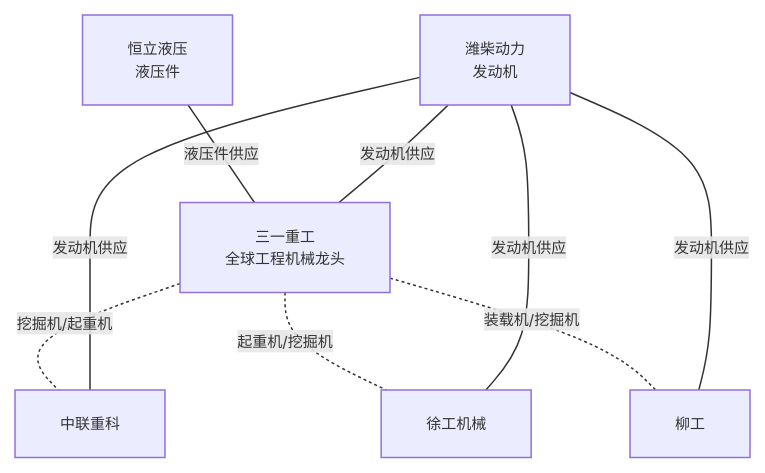
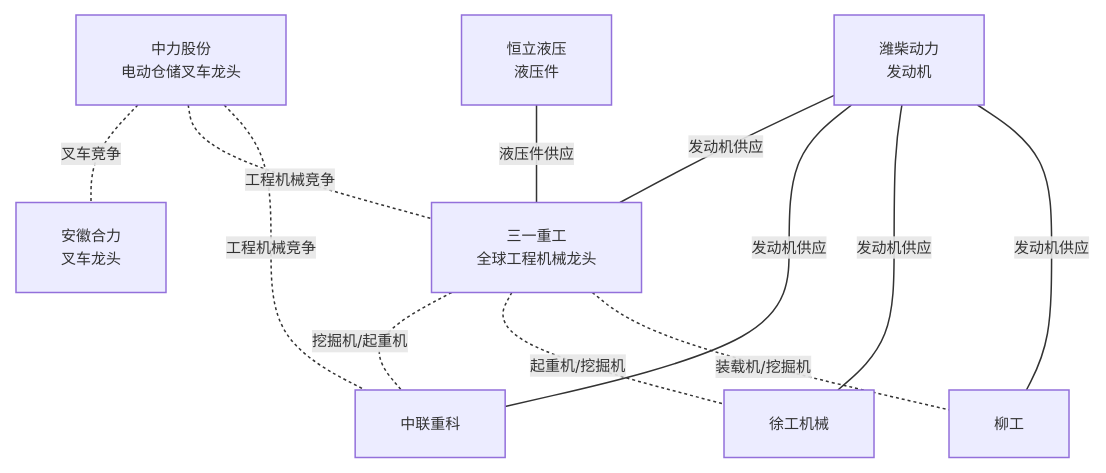
Diagram 11 of 23 in industry/wiki/syntheses/公司关联图谱.md (zhangbo1882/open-industry), drawn with Mermaid before and after one commit. The commit also changed other lines of this file and 6 other files, not shown here.

````diff
--- a/industry/wiki/syntheses/公司关联图谱.md
+++ b/industry/wiki/syntheses/公司关联图谱.md
@@ -1002,22 +1002,27 @@
 ```mermaid
 %%{init: {'themeVariables': {'fontSize': '10px'}}}%%
 graph TB
     三一重工[三一重工<br/>全球工程机械龙头]
     中联重科[中联重科]
     徐工机械[徐工机械]
     柳工[柳工]
     恒立液压[恒立液压<br/>液压件]
     潍柴动力[潍柴动力<br/>发动机]
+    安徽合力[安徽合力<br/>叉车龙头]
+    中力股份[中力股份<br/>电动仓储叉车龙头]
 
     三一重工 -.-|挖掘机/起重机| 中联重科
     三一重工 -.-|起重机/挖掘机| 徐工机械
     三一重工 -.-|装载机/挖掘机| 柳工
     恒立液压 ---|液压件供应| 三一重工
     潍柴动力 ---|发动机供应| 三一重工
     潍柴动力 ---|发动机供应| 中联重科
     潍柴动力 ---|发动机供应| 徐工机械
     潍柴动力 ---|发动机供应| 柳工
+    中力股份 -.-|叉车竞争| 安徽合力
+    中力股份 -.-|工程机械竞争| 三一重工
+    中力股份 -.-|工程机械竞争| 中联重科
 
     classDef business fill:#4dabf7,color:#fff,stroke:#1971c2
     classDef competition fill:#ffd43b,color:#333,stroke:#fab005
 ```
````
